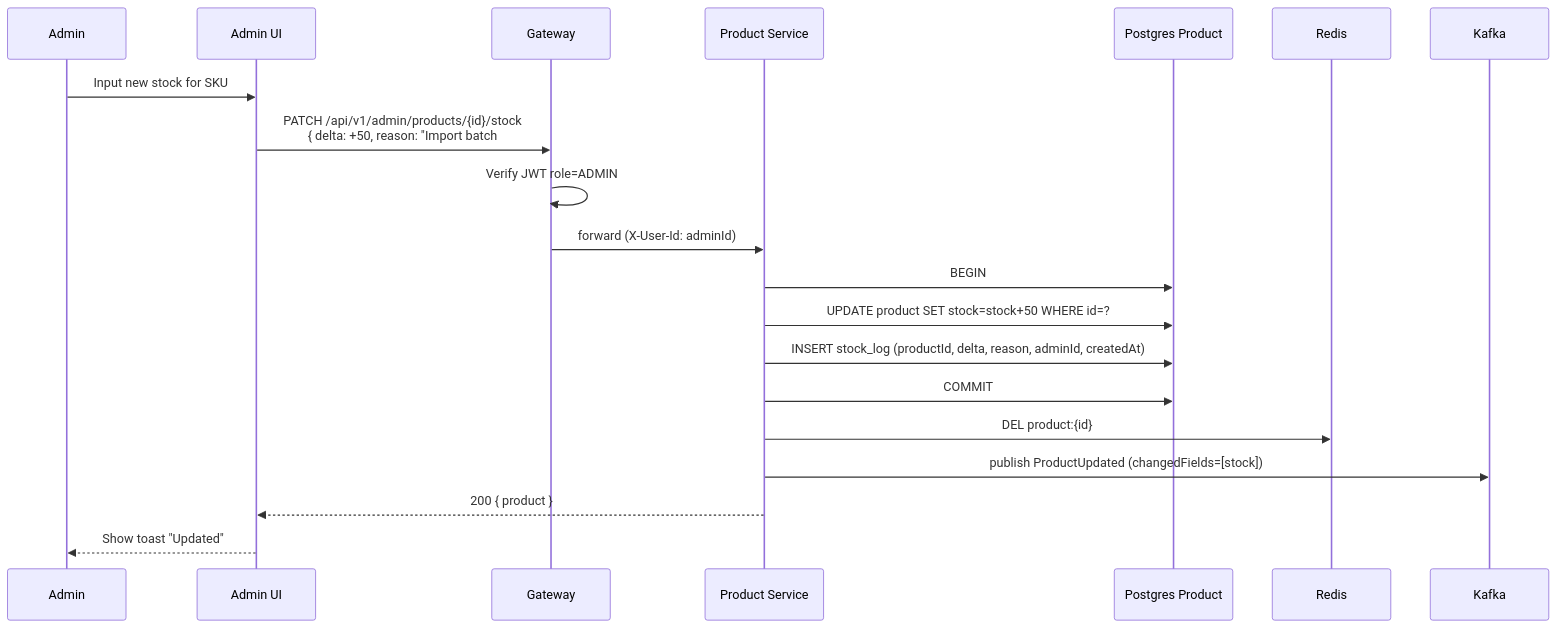
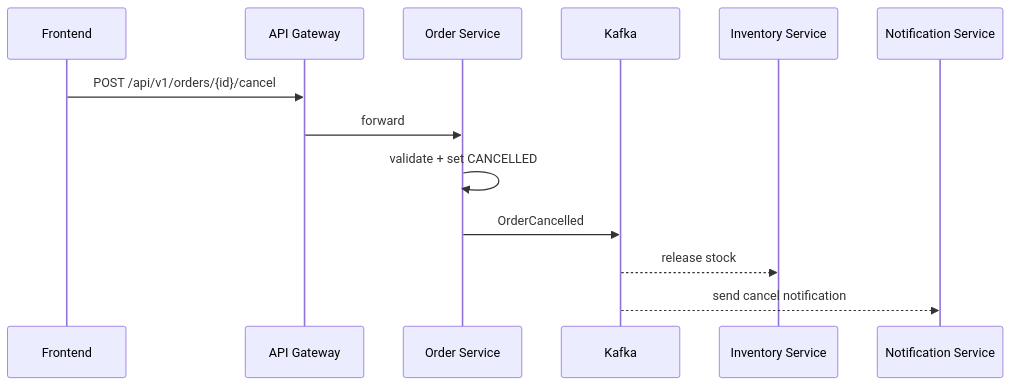
Before and after one commit to dminhduc250136/ptit_htpt: the fourth of 5 diagrams in architecture/02-sequence-diagrams.md, drawn with Mermaid. The commit also changed other lines of this file and 30 other files, not shown here.

````diff
--- a/architecture/02-sequence-diagrams.md
+++ b/architecture/02-sequence-diagrams.md
@@ -209,23 +67,16 @@
 ```mermaid
 sequenceDiagram
-    participant A as Admin
-    participant FE as Admin UI
-    participant GW as Gateway
-    participant PS as Product Service
-    participant DB as Postgres Product
-    participant R as Redis
+    participant FE as Frontend
+    participant GW as API Gateway
+    participant OS as Order Service
     participant K as Kafka
+    participant INV as Inventory Service
+    participant N as Notification Service
 
-    A->>FE: Input new stock for SKU
-    FE->>GW: PATCH /api/v1/admin/products/{id}/stock<br/>{ delta: +50, reason: "Import batch #123" }
-    GW->>GW: Verify JWT role=ADMIN
-    GW->>PS: forward (X-User-Id: adminId)
-    PS->>DB: BEGIN
-    PS->>DB: UPDATE product SET stock=stock+50 WHERE id=?
-    PS->>DB: INSERT stock_log (productId, delta, reason, adminId, createdAt)
-    PS->>DB: COMMIT
-    PS->>R: DEL product:{id}
-    PS->>K: publish ProductUpdated (changedFields=[stock])
-    PS-->>FE: 200 { product }
-    FE-->>A: Show toast "Updated"
+    FE->>GW: POST /api/v1/orders/{id}/cancel
+    GW->>OS: forward
+    OS->>OS: validate + set CANCELLED
+    OS->>K: OrderCancelled
+    K-->>INV: release stock
+    K-->>N: send cancel notification
 ```
````
